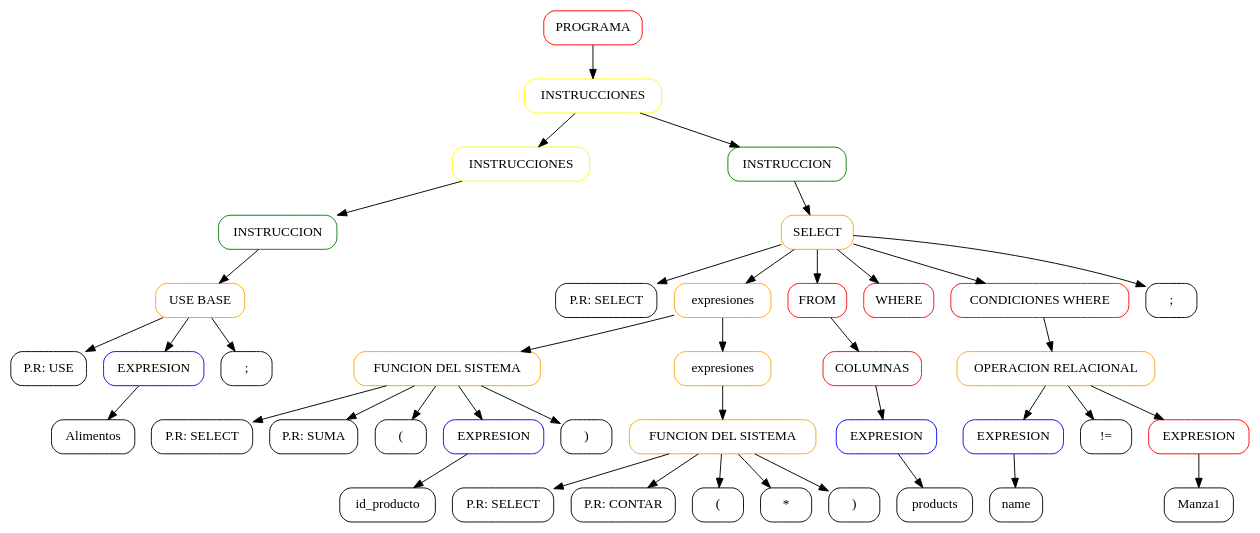
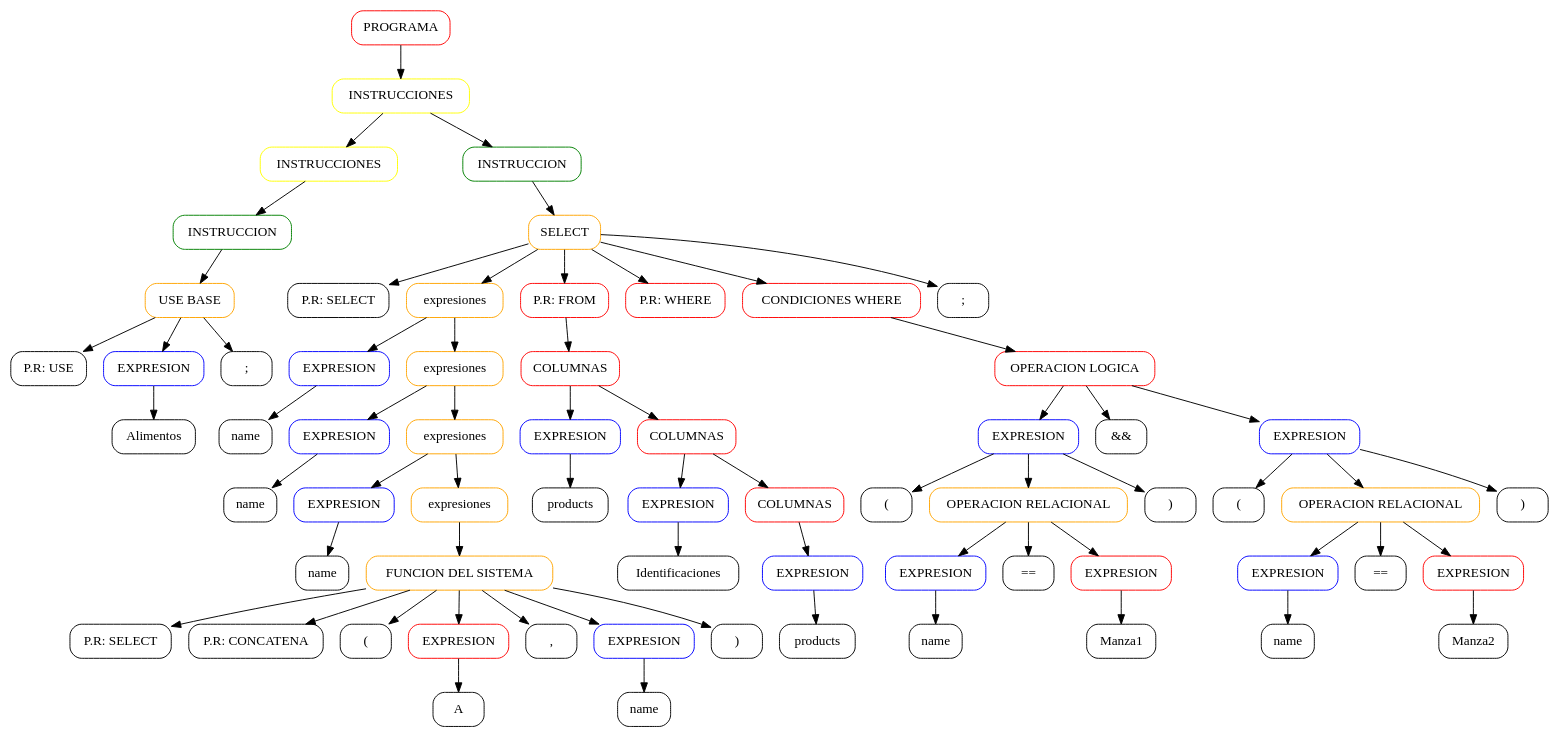
Before and after one commit to Eduardo1232000/OLC2-Proyecto1-3013805890101-2253625030901: the diagram in REPORTES/ARBOL/Query1.dot, drawn with Graphviz. The commit also changed 4 other files, not shown here.

```diff
--- a/REPORTES/ARBOL/Query1.dot
+++ b/REPORTES/ARBOL/Query1.dot
@@ -1,82 +1,132 @@
 digraph AST {
 node [shape=box, style=rounded];
-n4443424109[label="PROGRAMA" color="red"];
-n1885174117[label="INSTRUCCIONES" color="yellow"];
-n7953496450[label="INSTRUCCIONES" color="yellow"];
-n9101924365[label="INSTRUCCION" color="green"];
-n5226205083[label="USE BASE" color="orange"];
-n711371210[label="P.R: USE" color="black"];
-n5226205083 -> n711371210; 
-n8352091294[label="EXPRESION" color="blue"];
-n3369080188[label="Alimentos" color="black"];
-n8352091294 -> n3369080188; 
-n5226205083 -> n8352091294; 
-n6876001930[label=";" color="black"];
-n5226205083 -> n6876001930; 
-n9101924365 -> n5226205083; 
-n7953496450 -> n9101924365; 
-n1885174117 -> n7953496450; 
-n3090485419[label="INSTRUCCION" color="green"];
-n7719328936[label="SELECT" color="ORANGE"];
-n9775137196[label="P.R: SELECT" color="black"];
-n7719328936 -> n9775137196; 
-n6779857359[label="expresiones" color="ORANGE"];
-n4320183899[label="FUNCION DEL SISTEMA" color="ORANGE"];
-n223191264[label="P.R: SELECT" color="black"];
-n4320183899 -> n223191264; 
-n3670337531[label="P.R: SUMA" color="black"];
-n4320183899 -> n3670337531; 
-n7330399825[label="(" color="black"];
-n4320183899 -> n7330399825; 
-n9748840845[label="EXPRESION" color="blue"];
-n4385318322[label="id_producto" color="black"];
-n9748840845 -> n4385318322; 
-n4320183899 -> n9748840845; 
-n5241557678[label=")" color="black"];
-n4320183899 -> n5241557678; 
-n6779857359 -> n4320183899; 
-n897207035[label="expresiones" color="ORANGE"];
-n7897277010[label="FUNCION DEL SISTEMA" color="ORANGE"];
-n1753552692[label="P.R: SELECT" color="black"];
-n7897277010 -> n1753552692; 
-n6619980893[label="P.R: CONTAR" color="black"];
-n7897277010 -> n6619980893; 
-n4866599418[label="(" color="black"];
-n7897277010 -> n4866599418; 
-n6193928868[label="*" color="black"];
-n7897277010 -> n6193928868; 
-n5723319014[label=")" color="black"];
-n7897277010 -> n5723319014; 
-n897207035 -> n7897277010; 
-n6779857359 -> n897207035; 
-n7719328936 -> n6779857359; 
-n5630614672[label="FROM" color="red"];
-n6928915338[label="COLUMNAS" color="red"];
-n9320270254[label="EXPRESION" color="blue"];
-n7720158185[label="products" color="black"];
-n9320270254 -> n7720158185; 
-n6928915338 -> n9320270254; 
-n5630614672 -> n6928915338; 
-n7719328936 -> n5630614672; 
-n3799644404[label="WHERE" color="red"];
-n7719328936 -> n3799644404; 
-n636686904[label="CONDICIONES WHERE" color="red"];
-n9559810243[label="OPERACION RELACIONAL" color="orange"];
-n7150757850[label="EXPRESION" color="blue"];
-n1617738021[label="name" color="black"];
-n7150757850 -> n1617738021; 
-n9559810243 -> n7150757850; 
-n3515183382[label="!=" color="black"];
-n9559810243 -> n3515183382; 
-n1392558560[label="EXPRESION" color="red"];
-n1060615387[label="Manza1" color="black"];
-n1392558560 -> n1060615387; 
-n9559810243 -> n1392558560; 
-n636686904 -> n9559810243; 
-n7719328936 -> n636686904; 
-n2749751211[label=";" color="black"];
-n7719328936 -> n2749751211; 
-n3090485419 -> n7719328936; 
-n1885174117 -> n3090485419; 
-n4443424109 -> n1885174117; 
+n304835561[label="PROGRAMA" color="red"];
+n854086298[label="INSTRUCCIONES" color="yellow"];
+n3271418835[label="INSTRUCCIONES" color="yellow"];
+n9239052826[label="INSTRUCCION" color="green"];
+n592395920[label="USE BASE" color="orange"];
+n3776908443[label="P.R: USE" color="black"];
+n592395920 -> n3776908443; 
+n5041278485[label="EXPRESION" color="blue"];
+n4696960486[label="Alimentos" color="black"];
+n5041278485 -> n4696960486; 
+n592395920 -> n5041278485; 
+n6708772140[label=";" color="black"];
+n592395920 -> n6708772140; 
+n9239052826 -> n592395920; 
+n3271418835 -> n9239052826; 
+n854086298 -> n3271418835; 
+n4913623944[label="INSTRUCCION" color="green"];
+n6045179247[label="SELECT" color="ORANGE"];
+n4892068501[label="P.R: SELECT" color="black"];
+n6045179247 -> n4892068501; 
+n1400454394[label="expresiones" color="ORANGE"];
+n4825058019[label="EXPRESION" color="blue"];
+n996822011[label="name" color="black"];
+n4825058019 -> n996822011; 
+n1400454394 -> n4825058019; 
+n384580214[label="expresiones" color="ORANGE"];
+n6207276029[label="EXPRESION" color="blue"];
+n5340672426[label="name" color="black"];
+n6207276029 -> n5340672426; 
+n384580214 -> n6207276029; 
+n8730947817[label="expresiones" color="ORANGE"];
+n2839041062[label="EXPRESION" color="blue"];
+n2700061818[label="name" color="black"];
+n2839041062 -> n2700061818; 
+n8730947817 -> n2839041062; 
+n5286184348[label="expresiones" color="ORANGE"];
+n9757125588[label="FUNCION DEL SISTEMA" color="ORANGE"];
+n8611812489[label="P.R: SELECT" color="black"];
+n9757125588 -> n8611812489; 
+n5461343717[label="P.R: CONCATENA" color="black"];
+n9757125588 -> n5461343717; 
+n2571965965[label="(" color="black"];
+n9757125588 -> n2571965965; 
+n5259605929[label="EXPRESION" color="red"];
+n3628351277[label="A" color="black"];
+n5259605929 -> n3628351277; 
+n9757125588 -> n5259605929; 
+n4902537153[label="," color="black"];
+n9757125588 -> n4902537153; 
+n5435718769[label="EXPRESION" color="blue"];
+n5602721836[label="name" color="black"];
+n5435718769 -> n5602721836; 
+n9757125588 -> n5435718769; 
+n6489729917[label=")" color="black"];
+n9757125588 -> n6489729917; 
+n5286184348 -> n9757125588; 
+n8730947817 -> n5286184348; 
+n384580214 -> n8730947817; 
+n1400454394 -> n384580214; 
+n6045179247 -> n1400454394; 
+n9570268389[label="P.R: FROM" color="red"];
+n8683395020[label="COLUMNAS" color="red"];
+n4007949557[label="EXPRESION" color="blue"];
+n7033670262[label="products" color="black"];
+n4007949557 -> n7033670262; 
+n8683395020 -> n4007949557; 
+n5433109382[label="COLUMNAS" color="red"];
+n6382721175[label="EXPRESION" color="blue"];
+n855527845[label="Identificaciones" color="black"];
+n6382721175 -> n855527845; 
+n5433109382 -> n6382721175; 
+n6188419491[label="COLUMNAS" color="red"];
+n7418752950[label="EXPRESION" color="blue"];
+n6305317958[label="products" color="black"];
+n7418752950 -> n6305317958; 
+n6188419491 -> n7418752950; 
+n5433109382 -> n6188419491; 
+n8683395020 -> n5433109382; 
+n9570268389 -> n8683395020; 
+n6045179247 -> n9570268389; 
+n3669581541[label="P.R: WHERE" color="red"];
+n6045179247 -> n3669581541; 
+n1759013593[label="CONDICIONES WHERE" color="red"];
+n474708463[label="OPERACION LOGICA" color="red"];
+n8121348376[label="EXPRESION" color="blue"];
+n338147114[label="(" color="black"];
+n8121348376 -> n338147114; 
+n686056758[label="OPERACION RELACIONAL" color="orange"];
+n9067474028[label="EXPRESION" color="blue"];
+n9338340325[label="name" color="black"];
+n9067474028 -> n9338340325; 
+n686056758 -> n9067474028; 
+n3049288986[label="==" color="black"];
+n686056758 -> n3049288986; 
+n5935851123[label="EXPRESION" color="red"];
+n9315869964[label="Manza1" color="black"];
+n5935851123 -> n9315869964; 
+n686056758 -> n5935851123; 
+n8121348376 -> n686056758; 
+n8852199506[label=")" color="black"];
+n8121348376 -> n8852199506; 
+n474708463 -> n8121348376; 
+n3537353135[label="&&" color="black"];
+n474708463 -> n3537353135; 
+n737419807[label="EXPRESION" color="blue"];
+n3735931875[label="(" color="black"];
+n737419807 -> n3735931875; 
+n5415890179[label="OPERACION RELACIONAL" color="orange"];
+n3677450135[label="EXPRESION" color="blue"];
+n8669384247[label="name" color="black"];
+n3677450135 -> n8669384247; 
+n5415890179 -> n3677450135; 
+n5413997442[label="==" color="black"];
+n5415890179 -> n5413997442; 
+n1637447634[label="EXPRESION" color="red"];
+n7986565868[label="Manza2" color="black"];
+n1637447634 -> n7986565868; 
+n5415890179 -> n1637447634; 
+n737419807 -> n5415890179; 
+n9095991078[label=")" color="black"];
+n737419807 -> n9095991078; 
+n474708463 -> n737419807; 
+n1759013593 -> n474708463; 
+n6045179247 -> n1759013593; 
+n5011771079[label=";" color="black"];
+n6045179247 -> n5011771079; 
+n4913623944 -> n6045179247; 
+n854086298 -> n4913623944; 
+n304835561 -> n854086298; 
 }
```
